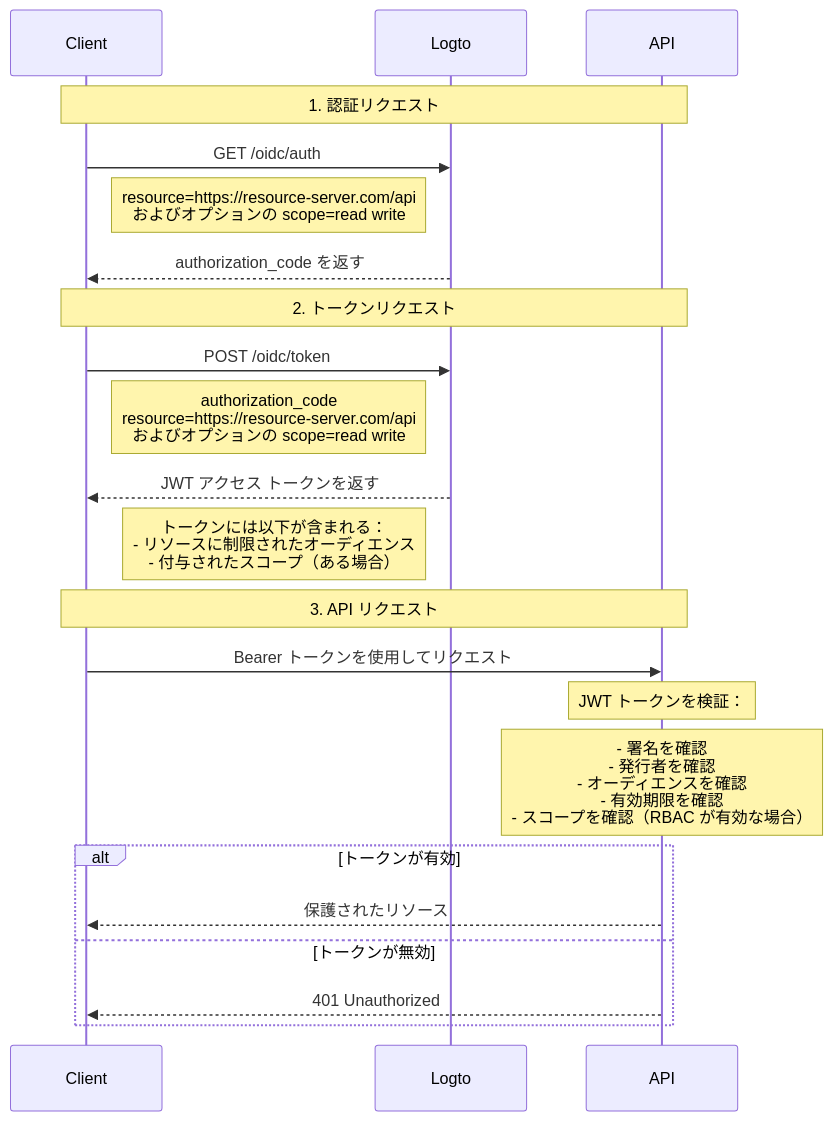
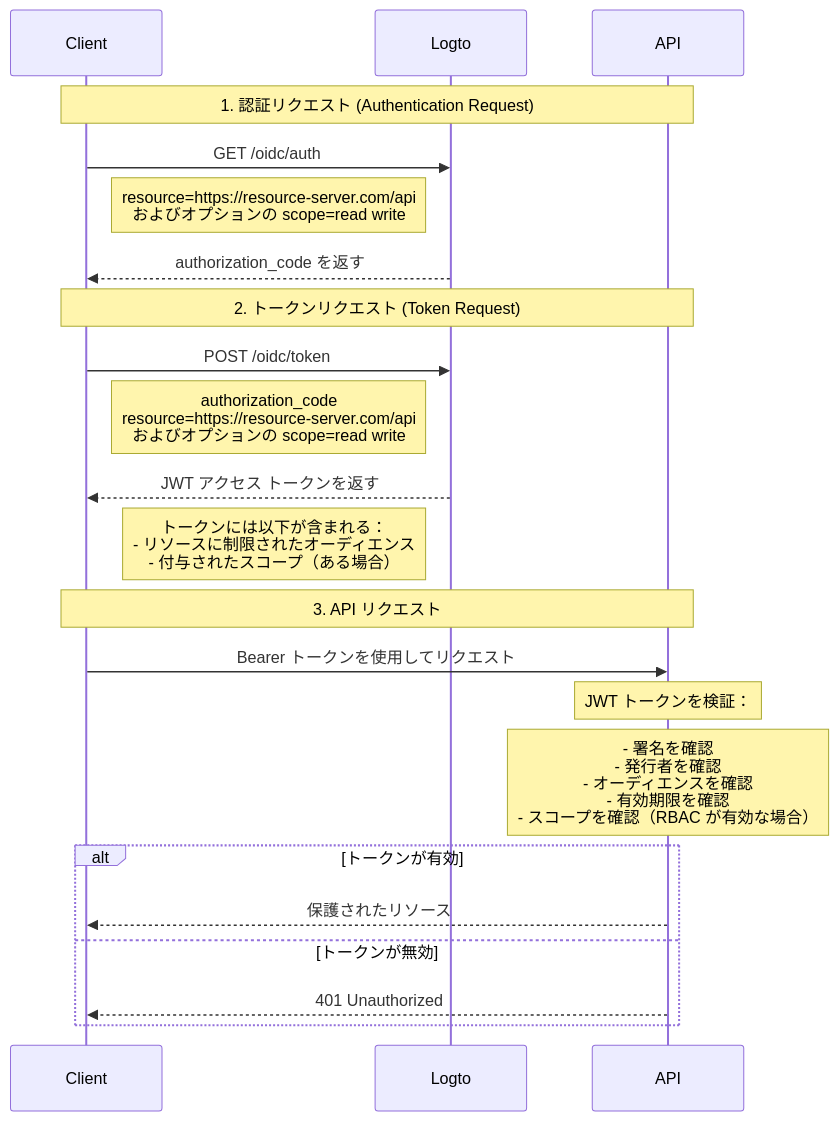
Before and after one commit to logto-io/docs: the diagram in i18n/ja/docusaurus-plugin-content-docs/current/authorization/api-resources/protect-your-api.mdx, drawn with Mermaid. The commit also changed other lines of this file and 22 other files, not shown here.

````diff
--- a/i18n/ja/docusaurus-plugin-content-docs/current/authorization/api-resources/protect-your-api.mdx
+++ b/i18n/ja/docusaurus-plugin-content-docs/current/authorization/api-resources/protect-your-api.mdx
@@ -9,27 +9,27 @@
 ```mermaid
 sequenceDiagram
     participant Client
     participant Logto
     participant API
 
-    Note over Client,API: 1. 認証リクエスト
+    Note over Client,API: 1. 認証リクエスト (Authentication Request)
     Client->>Logto: GET /oidc/auth
     Note right of Client: resource=https://resource-server.com/api<br/>およびオプションの scope=read write
     Logto-->>Client: authorization_code を返す
 
-    Note over Client,API: 2. トークンリクエスト
+    Note over Client,API: 2. トークンリクエスト (Token Request)
     Client->>Logto: POST /oidc/token
     Note right of Client: authorization_code<br/>resource=https://resource-server.com/api<br/>およびオプションの scope=read write
     Logto-->>Client: JWT アクセス トークンを返す
     Note left of Logto: トークンには以下が含まれる：<br/>- リソースに制限されたオーディエンス<br/>- 付与されたスコープ（ある場合）
 
     Note over Client,API: 3. API リクエスト
     Client->>API: Bearer トークンを使用してリクエスト
     Note over API: JWT トークンを検証：
     Note over API: - 署名を確認<br/>- 発行者を確認<br/>- オーディエンスを確認<br/>- 有効期限を確認<br/>- スコープを確認（RBAC が有効な場合）
     alt トークンが有効
         API-->>Client: 保護されたリソース
     else トークンが無効
         API-->>Client: 401 Unauthorized
     end
 ```
````
